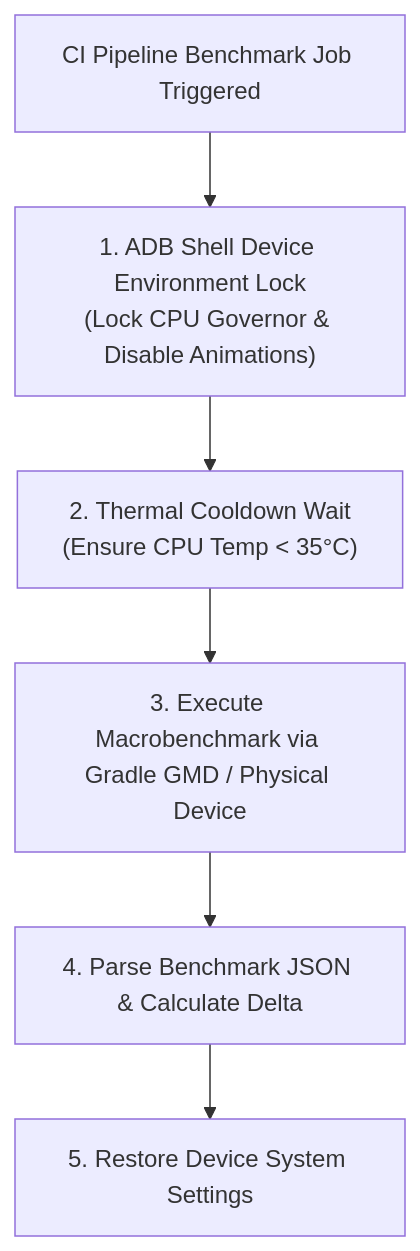
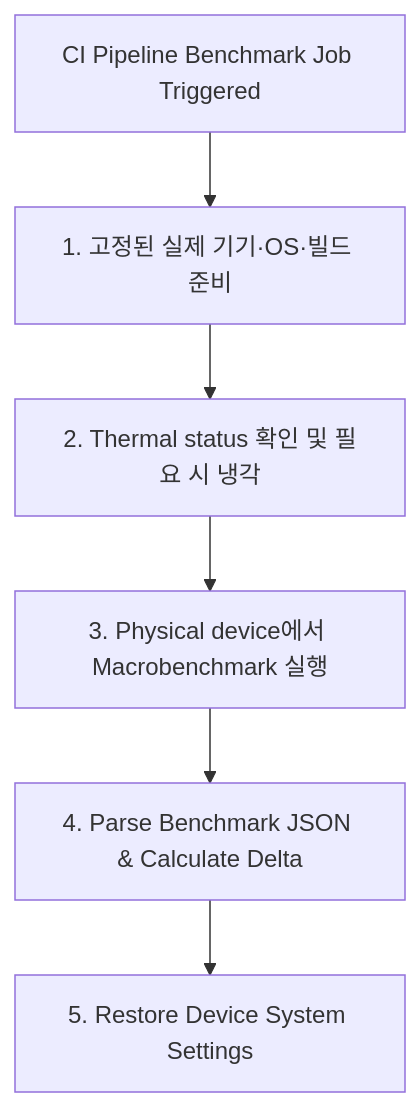
One commit to youngmin-gwon/what-i-studied changed the diagram in 01_inbox/mobile/android/06_testing_performance/performance/benchmark-baseline-contracts/benchmark-results-require-physical-device-and-ci-controls.md. Above: the diagram before and after it, drawn with Mermaid. The commit also changed other lines of this file and 89 other files, not shown here.

````diff
--- a/01_inbox/mobile/android/06_testing_performance/performance/benchmark-baseline-contracts/benchmark-results-require-physical-device-and-ci-controls.md
+++ b/01_inbox/mobile/android/06_testing_performance/performance/benchmark-baseline-contracts/benchmark-results-require-physical-device-and-ci-controls.md
@@ -27,10 +25,10 @@
 ```mermaid
 flowchart TD
     Trigger["CI Pipeline Benchmark Job Triggered"]
     
-    Trigger --> LockDevice["1. ADB Shell Device Environment Lock<br/>(Lock CPU Governor & Disable Animations)"]
-    LockDevice --> CoolDown["2. Thermal Cooldown Wait<br/>(Ensure CPU Temp < 35°C)"]
-    CoolDown --> ExecuteMacro["3. Execute Macrobenchmark via Gradle GMD / Physical Device"]
+    Trigger --> LockDevice["1. 고정된 실제 기기·OS·빌드 준비"]
+    LockDevice --> CoolDown["2. Thermal status 확인 및 필요 시 냉각"]
+    CoolDown --> ExecuteMacro["3. Physical device에서 Macrobenchmark 실행"]
     ExecuteMacro --> ParseReport["4. Parse Benchmark JSON & Calculate Delta"]
     ParseReport --> RestoreDevice["5. Restore Device System Settings"]
 ```
````
